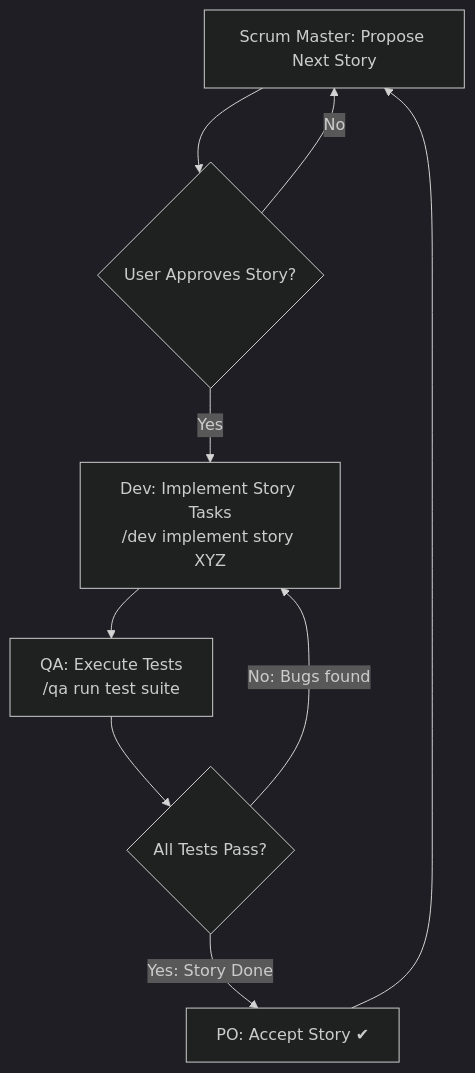
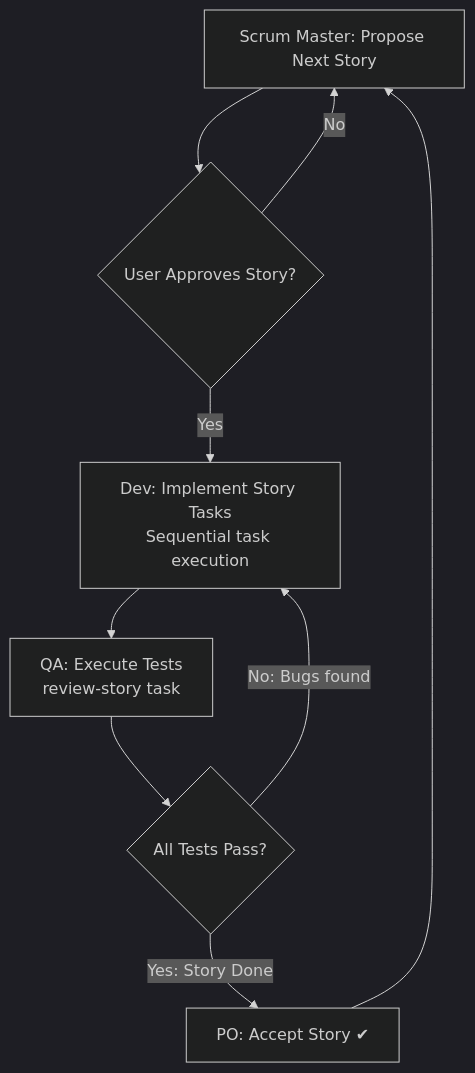
One commit to hitesh-goel/BMAD-METHOD changed the third of 20 diagrams in diagrams.md. Above: the diagram before and after it, drawn with Mermaid (dark theme). The commit also changed other lines of this file, not shown here.

Commit message:
refactor: update flowchart commands in diagrams.md to use asterisk prefix for consistency and clarity. Enhanced agent command structures and added detailed workflow conditional flows for improved documentation.

````diff
--- a/diagrams.md
+++ b/diagrams.md
@@ -53,11 +53,11 @@
 ```mermaid
 flowchart TD
     A["Scrum Master: Propose Next Story"] --> B{"User Approves Story?"}
-    B -->|Yes| C["Dev: Implement Story Tasks<br/>/dev implement story XYZ"]
+    B -->|Yes| C["Dev: Implement Story Tasks<br/>Sequential task execution"]
     B -->|No| A
-    C --> D["QA: Execute Tests<br/>/qa run test suite"]
+    C --> D["QA: Execute Tests<br/>review-story task"]
     D --> E{"All Tests Pass?"}
     E -->|No: Bugs found| C
     E -->|Yes: Story Done| F["PO: Accept Story ✔"]
     F --> A
 ```
````
